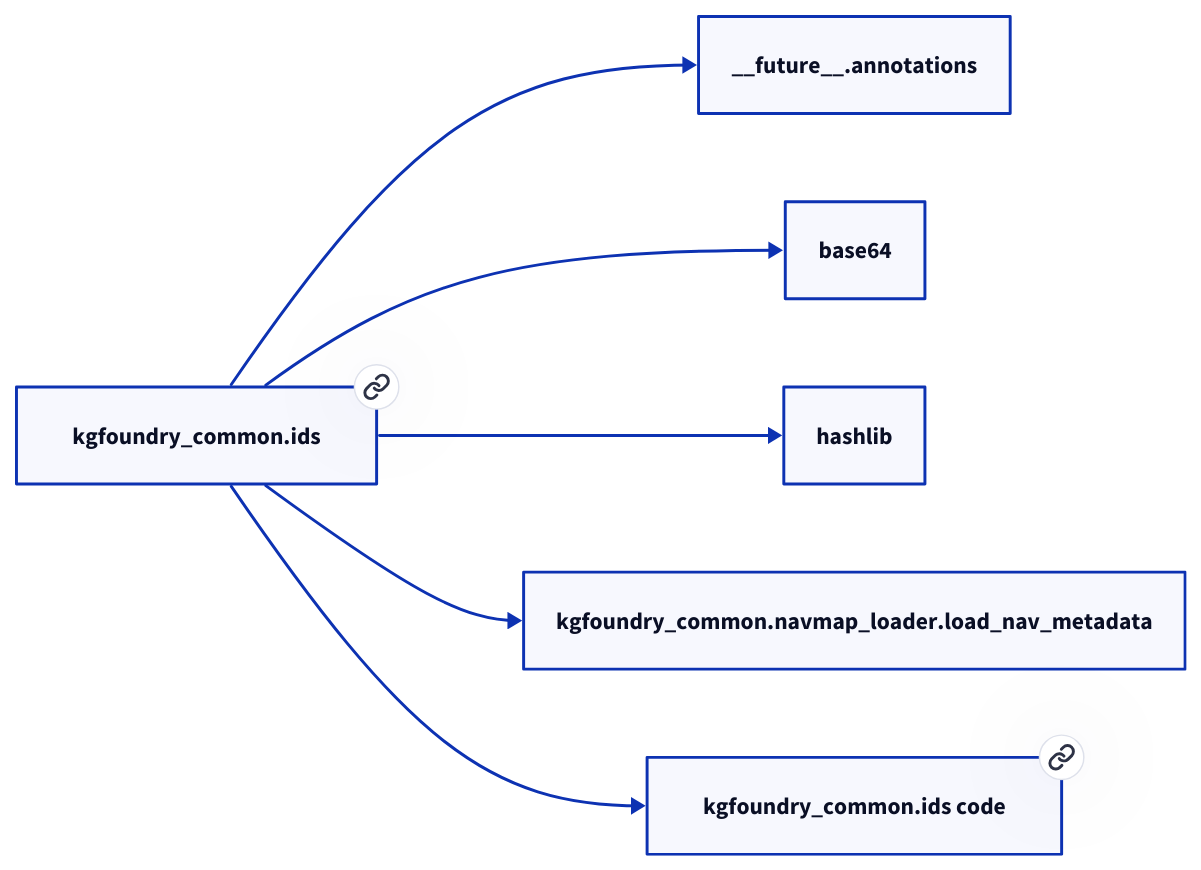
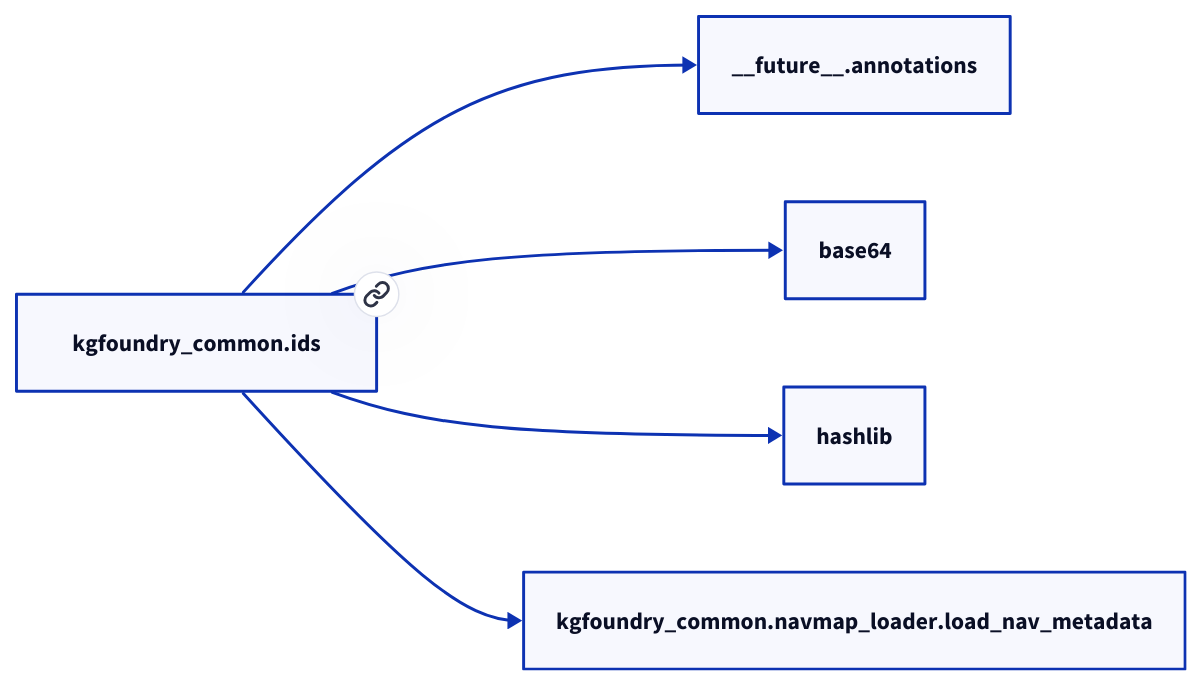
One commit to paul-heyse/kgforge changed the diagram in docs/modules/kgfoundry_common/ids.md. Above: the diagram before and after it, drawn with D2. The commit also changed other lines of this file and 118 other files, not shown here.

````diff
--- a/docs/modules/kgfoundry_common/ids.md
+++ b/docs/modules/kgfoundry_common/ids.md
@@ -32,14 +30,12 @@
 ```d2
 direction: right
-"kgfoundry_common.ids": "kgfoundry_common.ids" { link: "./kgfoundry_common/ids.md" }
+"kgfoundry_common.ids": "kgfoundry_common.ids" { link: "ids.md" }
 "__future__.annotations": "__future__.annotations"
 "kgfoundry_common.ids" -> "__future__.annotations"
 "base64": "base64"
 "kgfoundry_common.ids" -> "base64"
 "hashlib": "hashlib"
 "kgfoundry_common.ids" -> "hashlib"
 "kgfoundry_common.navmap_loader.load_nav_metadata": "kgfoundry_common.navmap_loader.load_nav_metadata"
 "kgfoundry_common.ids" -> "kgfoundry_common.navmap_loader.load_nav_metadata"
-"kgfoundry_common.ids_code": "kgfoundry_common.ids code" { link: "https://github.com/kgfoundry/kgfoundry/blob/main/src/kgfoundry_common/ids.py" }
-"kgfoundry_common.ids" -> "kgfoundry_common.ids_code" { style: dashed }
 ```
````
